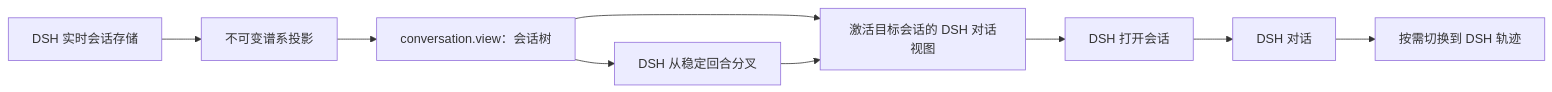
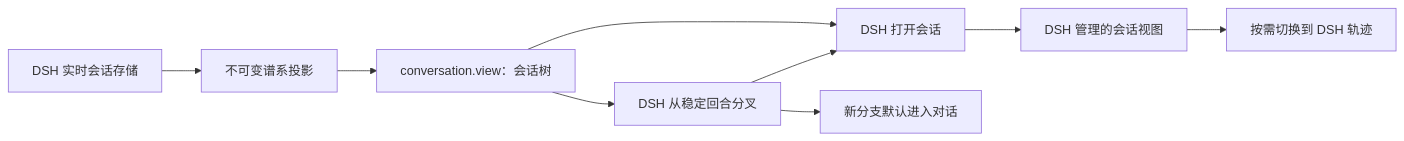
Before and after one commit to Nirvana-Jie/dsh-session-tree: the diagram in README.zh-CN.md, drawn with Mermaid. The commit also changed other lines of this file and 11 other files, not shown here.

````diff
--- a/README.zh-CN.md
+++ b/README.zh-CN.md
@@ -86,10 +86,10 @@
 ```mermaid
 flowchart LR
   S["DSH 实时会话存储"] --> P["不可变谱系投影"]
   P --> V["conversation.view：会话树"]
-  V --> A["激活目标会话的 DSH 对话视图"]
-  V --> F["DSH 从稳定回合分叉"] --> A
-  A --> O["DSH 打开会话"]
-  O --> C["DSH 对话"]
+  V --> O["DSH 打开会话"]
+  V --> F["DSH 从稳定回合分叉"] --> O
+  O --> C["DSH 管理的会话视图"]
+  F --> C2["新分支默认进入对话"]
   C --> T["按需切换到 DSH 轨迹"]
 ```
````
